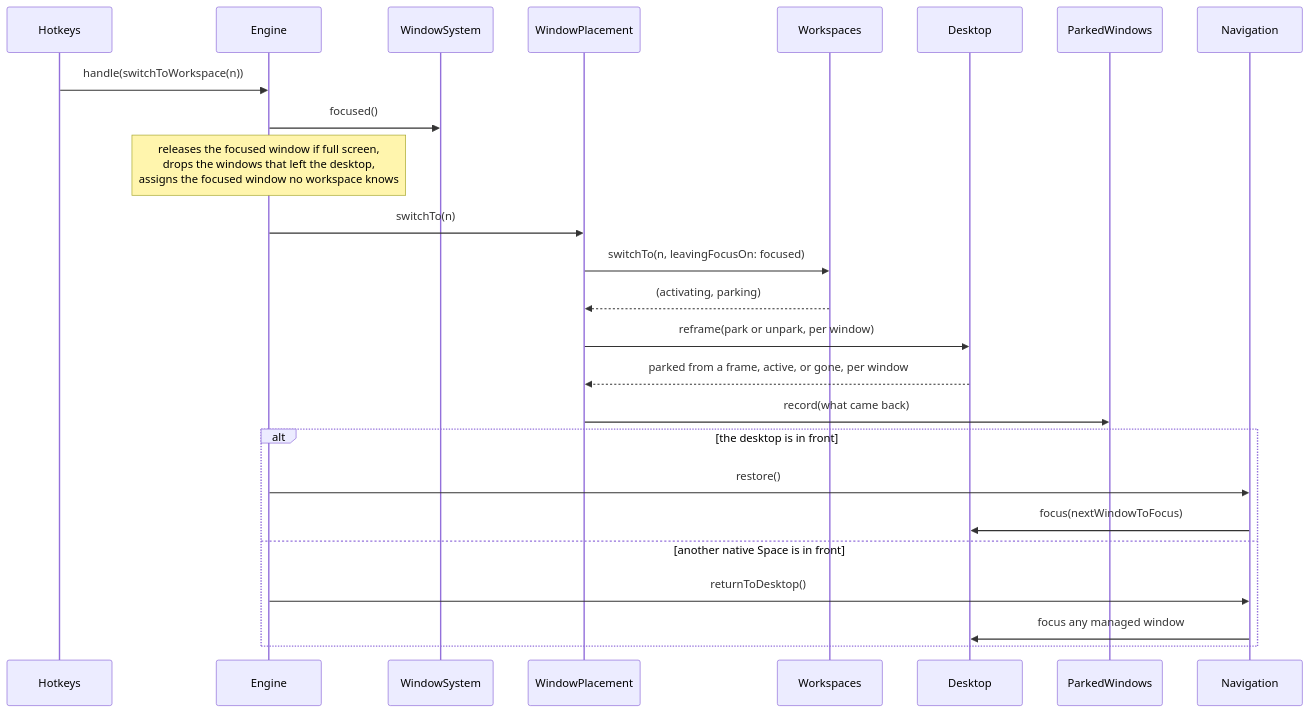
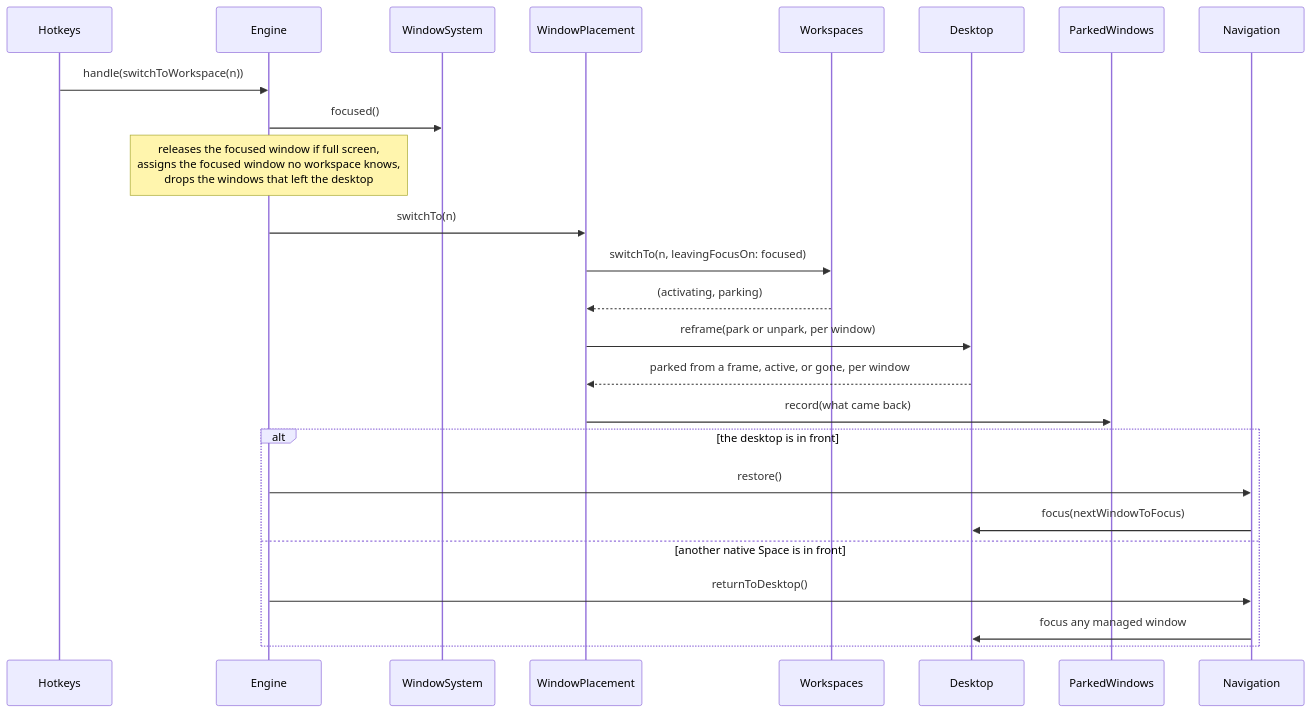
One commit to brennovich/ottowm changed the eighth of 20 diagrams in ARCHITECTURE.md. Above: the diagram before and after it, drawn with Mermaid. The commit also changed 2 other files, not shown here.

Commit message:
Keep a hidden tab managed across a workspace switch
An application lists only the tab in front, so bringing another tab of
a group to the front hides the one that was listed. The workspace
switch dropped the windows that left the desktop before it assigned
the focused window, so the hidden tab was dropped as gone before the
newly focused tab could join its group. The switch now assigns the
focused window first, and the hidden tab stays in its workspace.

````diff
--- a/ARCHITECTURE.md
+++ b/ARCHITECTURE.md
@@ -251,19 +251,19 @@
 ```mermaid
 sequenceDiagram
     Hotkeys->>Engine: handle(switchToWorkspace(n))
     Engine->>WindowSystem: focused()
-    Note over Engine: releases the focused window if full screen,<br/>drops the windows that left the desktop,<br/>assigns the focused window no workspace knows
+    Note over Engine: releases the focused window if full screen,<br/>assigns the focused window no workspace knows,<br/>drops the windows that left the desktop
     Engine->>WindowPlacement: switchTo(n)
     WindowPlacement->>Workspaces: switchTo(n, leavingFocusOn: focused)
     Workspaces-->>WindowPlacement: (activating, parking)
     WindowPlacement->>Desktop: reframe(park or unpark, per window)
     Desktop-->>WindowPlacement: parked from a frame, active, or gone, per window
     WindowPlacement->>ParkedWindows: record(what came back)
     alt the desktop is in front
         Engine->>Navigation: restore()
         Navigation->>Desktop: focus(nextWindowToFocus)
     else another native Space is in front
         Engine->>Navigation: returnToDesktop()
         Navigation->>Desktop: focus any managed window
     end
 ```
````
